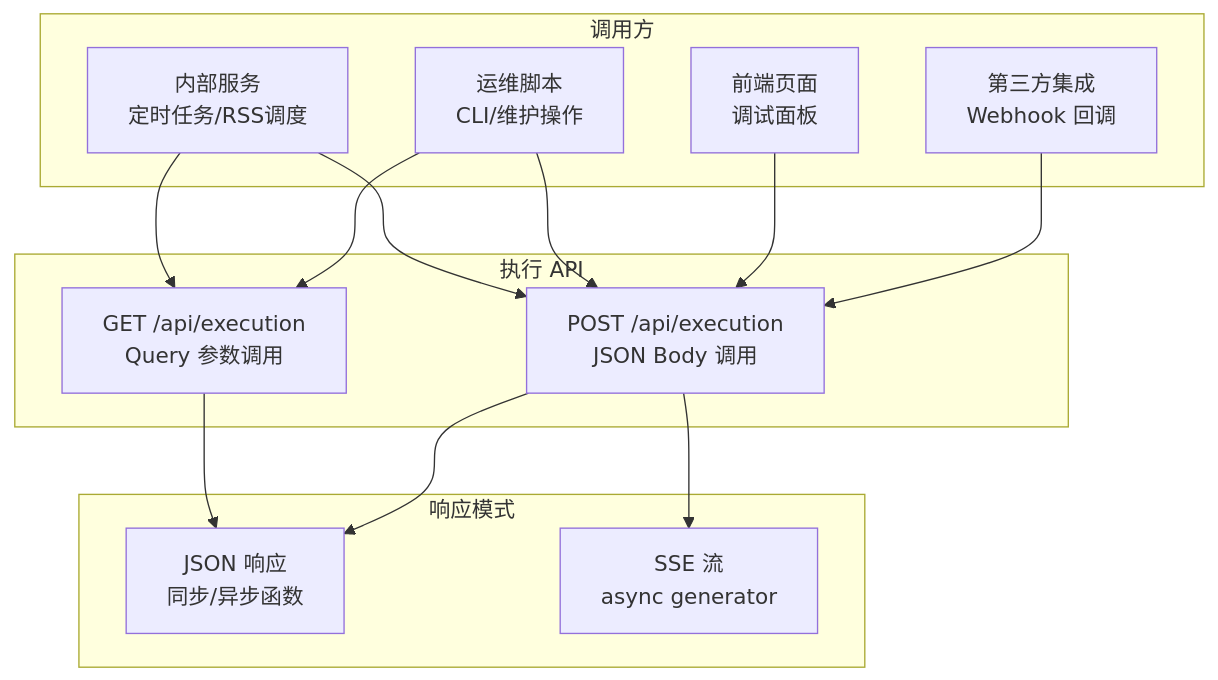
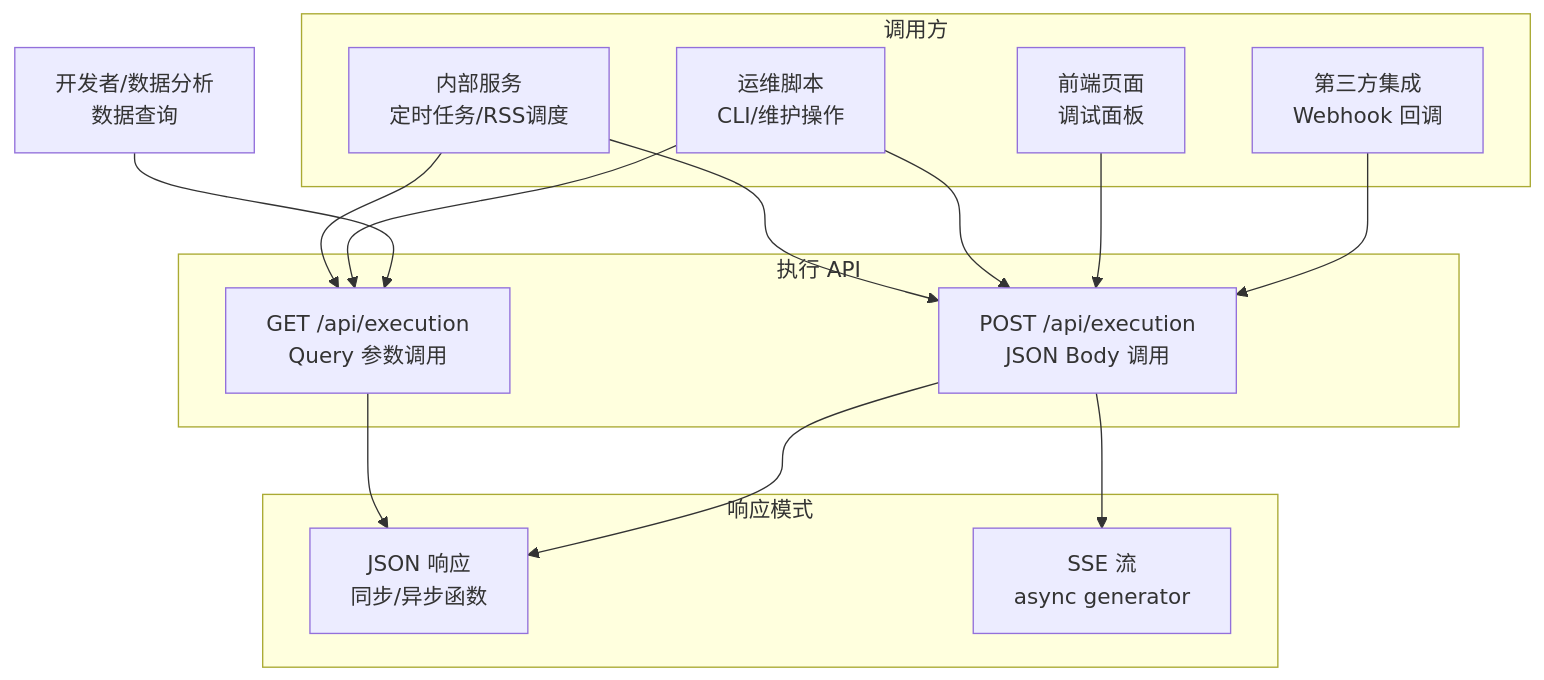
One commit to effiy/YiAi changed the first of 6 diagrams in docs/故事任务面板/YiAi/execution-executor-doc/02-用户使用场景.md. Above: the diagram before and after it, drawn with Mermaid. The commit also changed other lines of this file and 9 other files, not shown here.

````diff
--- a/docs/故事任务面板/YiAi/execution-executor-doc/02-用户使用场景.md
+++ b/docs/故事任务面板/YiAi/execution-executor-doc/02-用户使用场景.md
@@ -7,28 +7,29 @@
 ```mermaid
 flowchart TB
     subgraph 调用方["调用方"]
         INTERNAL["内部服务<br/>定时任务/RSS调度"]
         SCRIPT["运维脚本<br/>CLI/维护操作"]
         FRONTEND["前端页面<br/>调试面板"]
         EXTERNAL["第三方集成<br/>Webhook 回调"]
     end
 
     subgraph API["执行 API"]
         GET["GET /api/execution<br/>Query 参数调用"]
         POST["POST /api/execution<br/>JSON Body 调用"]
     end
 
     subgraph 结果["响应模式"]
         JSON_R["JSON 响应<br/>同步/异步函数"]
         SSE_R["SSE 流<br/>async generator"]
     end
 
     INTERNAL --> GET & POST
     SCRIPT --> GET & POST
     FRONTEND --> POST
     EXTERNAL --> POST
+    DEV["开发者/数据分析<br/>数据查询"] --> GET
 
     GET --> JSON_R
     POST --> JSON_R
     POST --> SSE_R
 ```
````
